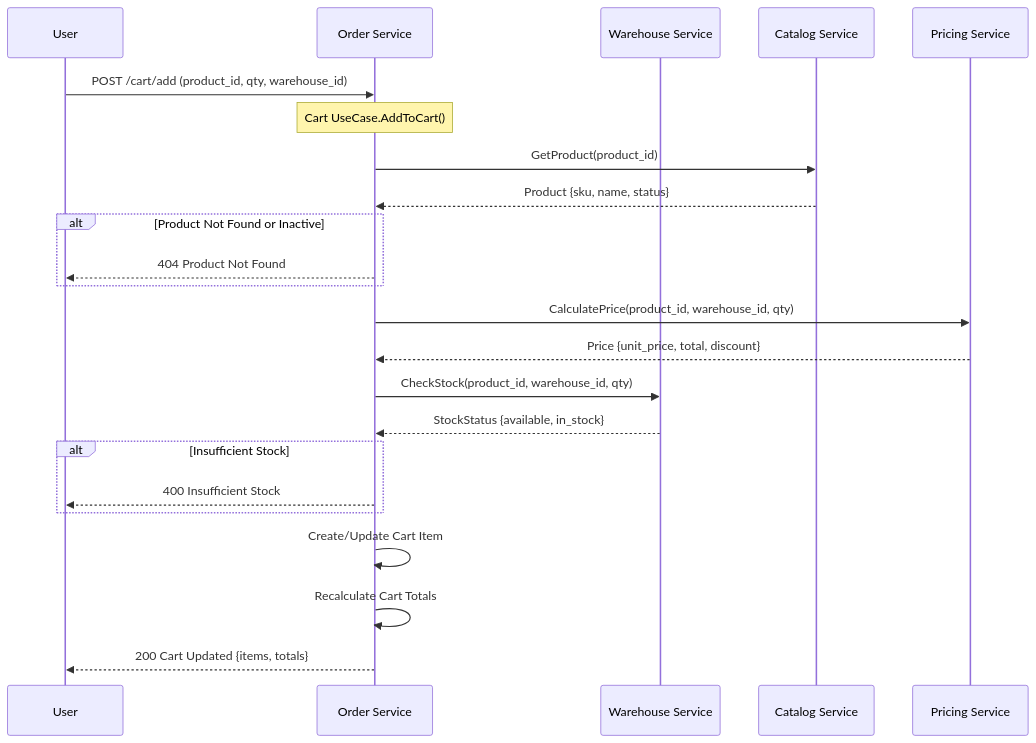
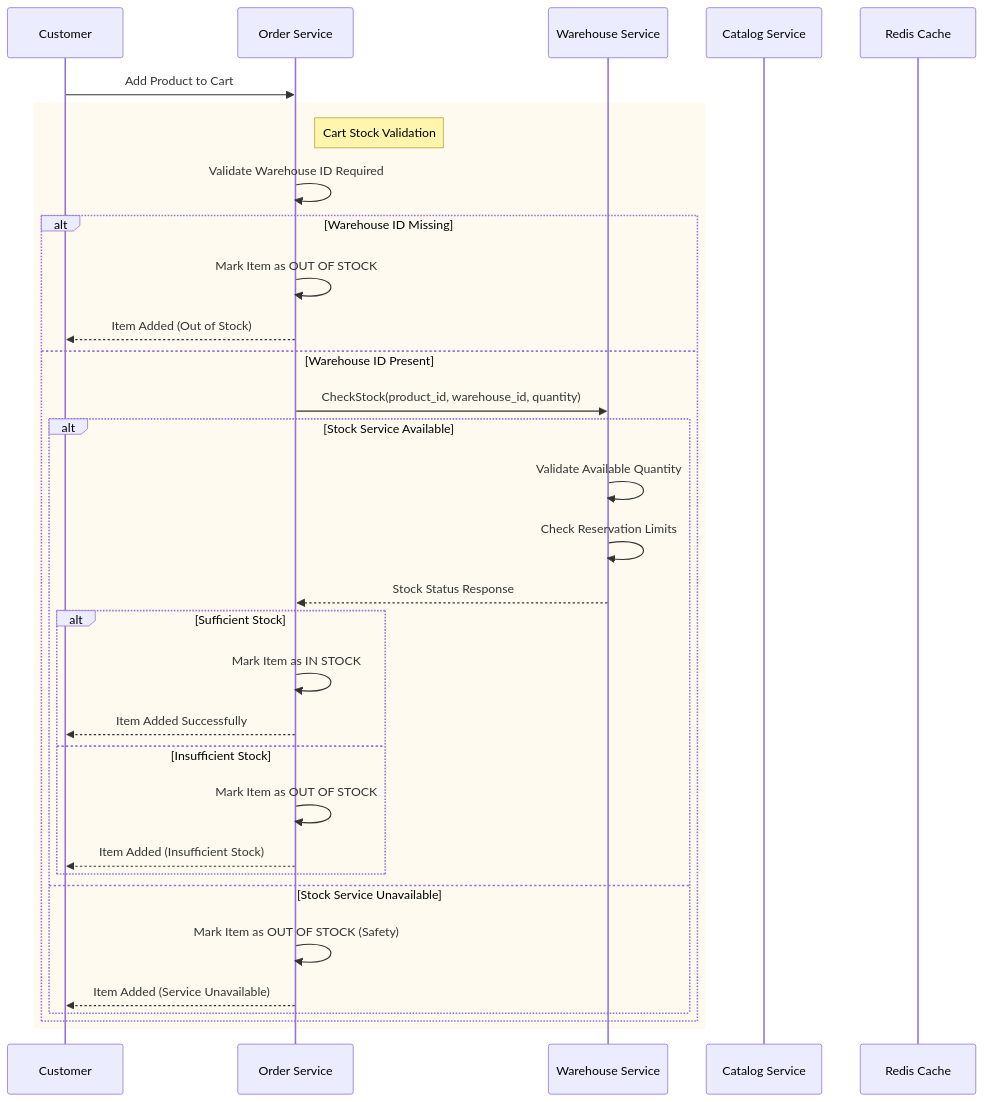
Before and after one commit to vesviet/Composable-Commerce-Service-Architecture: the third of 13 diagrams in workflow/inventory-flow.md, drawn with Mermaid. The commit also changed other lines of this file and 34 other files, not shown here.

Commit message:
docs: update documentation, flow guides, and checklists

````diff
--- a/workflow/inventory-flow.md
+++ b/workflow/inventory-flow.md
@@ -56,33 +136,39 @@
 ```mermaid
 sequenceDiagram
-    participant U as User
+    participant C as Customer
     participant O as Order Service
     participant W as Warehouse Service
-    participant C as Catalog Service
-    participant P as Pricing Service
+    participant CAT as Catalog Service
+    participant CACHE as Redis Cache
     
-    U->>O: POST /cart/add (product_id, qty, warehouse_id)
+    C->>O: Add Product to Cart
     
-    Note over O: Cart UseCase.AddToCart()
+    rect rgb(255, 250, 240)
+    note right of O: Cart Stock Validation
+    O->>O: Validate Warehouse ID Required
     
-    O->>C: GetProduct(product_id)
-    C-->>O: Product {sku, name, status}
-    
-    alt Product Not Found or Inactive
-        O-->>U: 404 Product Not Found
+    alt Warehouse ID Missing
+        O->>O: Mark Item as OUT OF STOCK
+        O-->>C: Item Added (Out of Stock)
+    else Warehouse ID Present
+        O->>W: CheckStock(product_id, warehouse_id, quantity)
+        
+        alt Stock Service Available
+            W->>W: Validate Available Quantity
+            W->>W: Check Reservation Limits
+            W-->>O: Stock Status Response
+            
+            alt Sufficient Stock
+                O->>O: Mark Item as IN STOCK
+                O-->>C: Item Added Successfully
+            else Insufficient Stock
+                O->>O: Mark Item as OUT OF STOCK
+                O-->>C: Item Added (Insufficient Stock)
+            end
+        else Stock Service Unavailable
+            O->>O: Mark Item as OUT OF STOCK (Safety)
+            O-->>C: Item Added (Service Unavailable)
+        end
     end
-    
-    O->>P: CalculatePrice(product_id, warehouse_id, qty)
-    P-->>O: Price {unit_price, total, discount}
-    
-    O->>W: CheckStock(product_id, warehouse_id, qty)
-    W-->>O: StockStatus {available, in_stock}
-    
-    alt Insufficient Stock
-        O-->>U: 400 Insufficient Stock
     end
-    
-    O->>O: Create/Update Cart Item
-    O->>O: Recalculate Cart Totals
-    O-->>U: 200 Cart Updated {items, totals}
 ```
````
